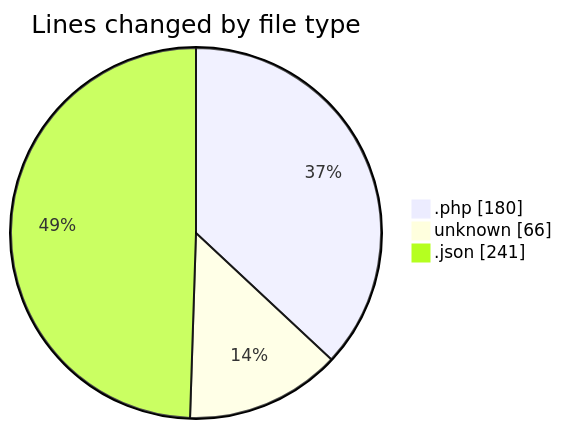
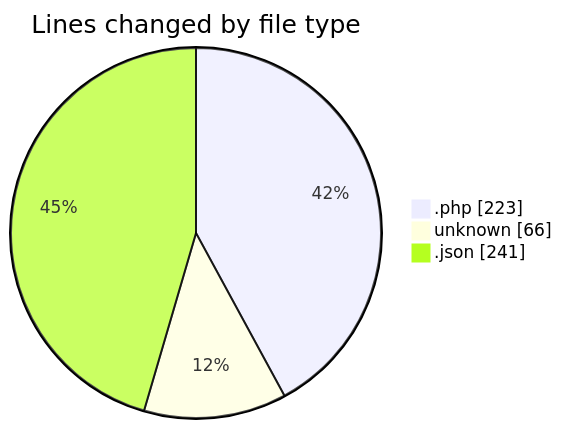
Before and after one commit to idhammustaqopulfikri/code-tracking: the first of 2 diagrams in 2025-04-10/test/README.md, drawn with Mermaid. The commit also changed other lines of this file and 1 other file, not shown here.

````diff
--- a/2025-04-10/test/README.md
+++ b/2025-04-10/test/README.md
@@ -26,7 +27,7 @@
 ```mermaid
 pie showData
 title Lines changed by file type
-".php" : 180
+".php" : 223
 "unknown" : 66
 ".json" : 241
 ```
````
